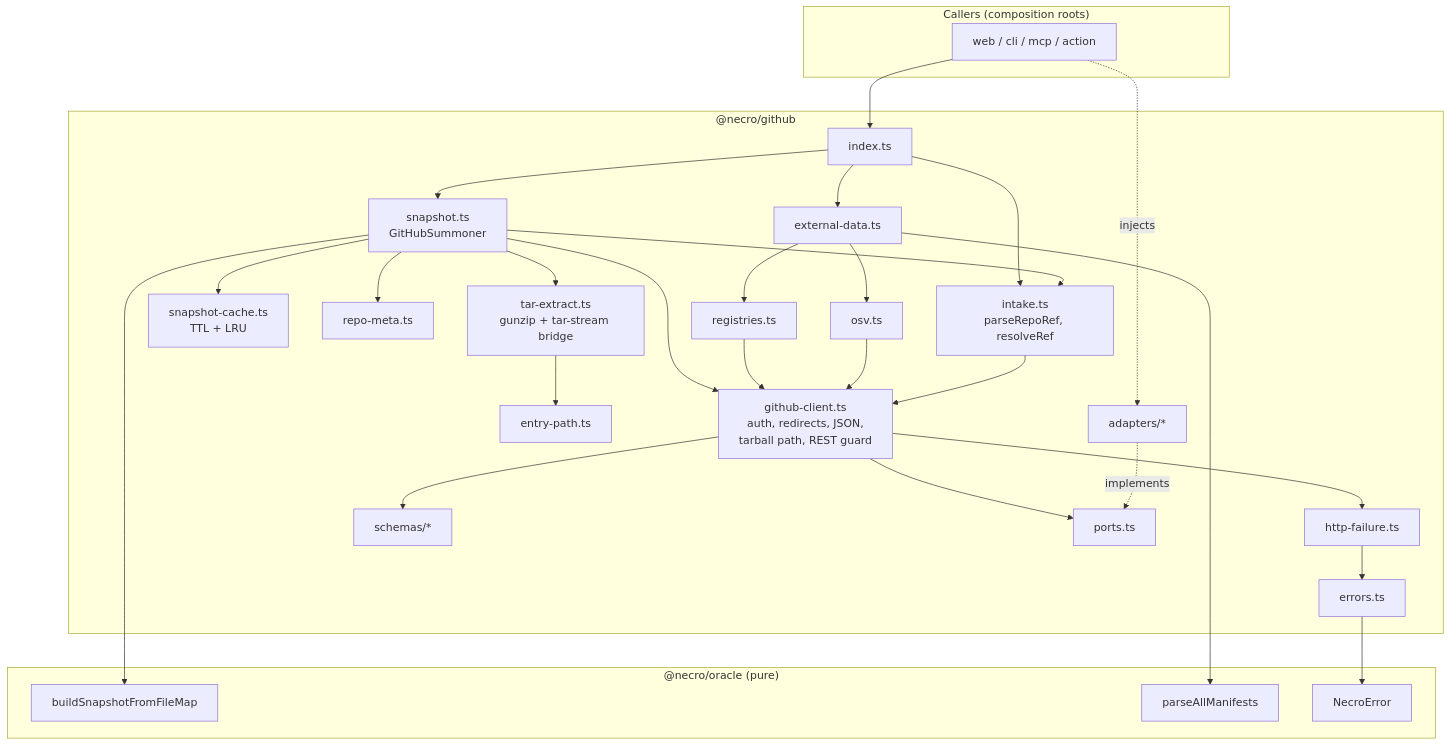
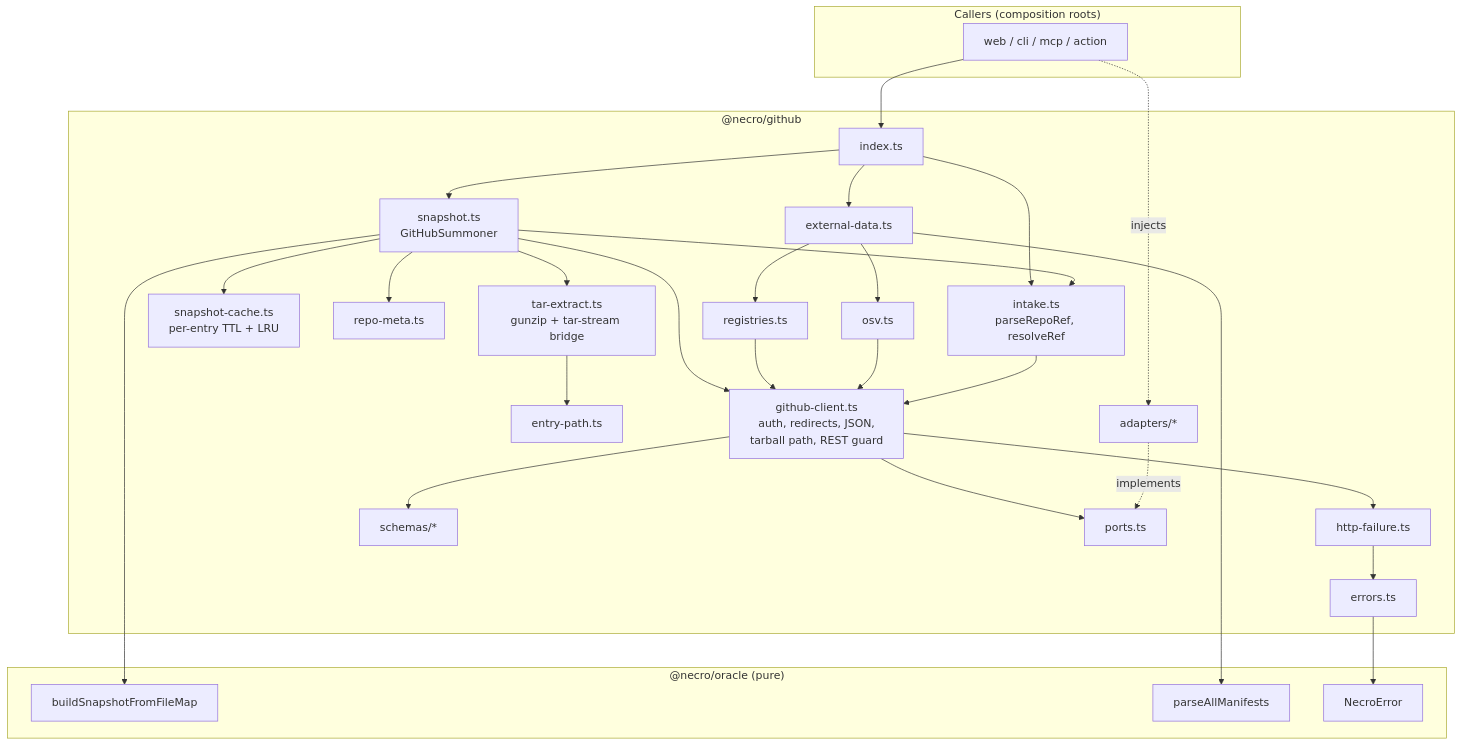
The first of 2 diagrams in .kiro/specs/02-github-summoner/design.md (FernandoLizana/necro-oracle), drawn with Mermaid before and after one commit. The commit also changed other lines of this file and 5 other files, not shown here.

````diff
--- a/.kiro/specs/02-github-summoner/design.md
+++ b/.kiro/specs/02-github-summoner/design.md
@@ -92,48 +93,48 @@
 ```mermaid
 graph TD
     subgraph "Callers (composition roots)"
         WEB["web / cli / mcp / action"]
     end
 
     subgraph "@necro/github"
         IDX["index.ts"]
         INT["intake.ts<br/>parseRepoRef, resolveRef"]
         SNP["snapshot.ts<br/>GitHubSummoner"]
-        CACHE["snapshot-cache.ts<br/>TTL + LRU"]
+        CACHE["snapshot-cache.ts<br/>per-entry TTL + LRU"]
         CLI["github-client.ts<br/>auth, redirects, JSON,<br/>tarball path, REST guard"]
         META["repo-meta.ts"]
         TAR["tar-extract.ts<br/>gunzip + tar-stream bridge"]
         EP["entry-path.ts"]
         EXT["external-data.ts"]
         REG["registries.ts"]
         OSV["osv.ts"]
         HF["http-failure.ts"]
         ERR["errors.ts"]
         SCH["schemas/*"]
         PORTS["ports.ts"]
         ADP["adapters/*"]
     end
 
     subgraph "@necro/oracle (pure)"
         BLD["buildSnapshotFromFileMap"]
         MAN["parseAllManifests"]
         NE["NecroError"]
     end
 
     WEB --> IDX
     IDX --> INT & SNP & EXT
     SNP --> INT & CACHE & CLI & META & TAR
     TAR --> EP
     SNP --> BLD
     EXT --> MAN & REG & OSV
     REG --> CLI
     OSV --> CLI
     INT --> CLI
     CLI --> HF
     HF --> ERR
     ERR --> NE
     CLI --> PORTS
     CLI --> SCH
     ADP -. implements .-> PORTS
     WEB -. injects .-> ADP
 ```
````
